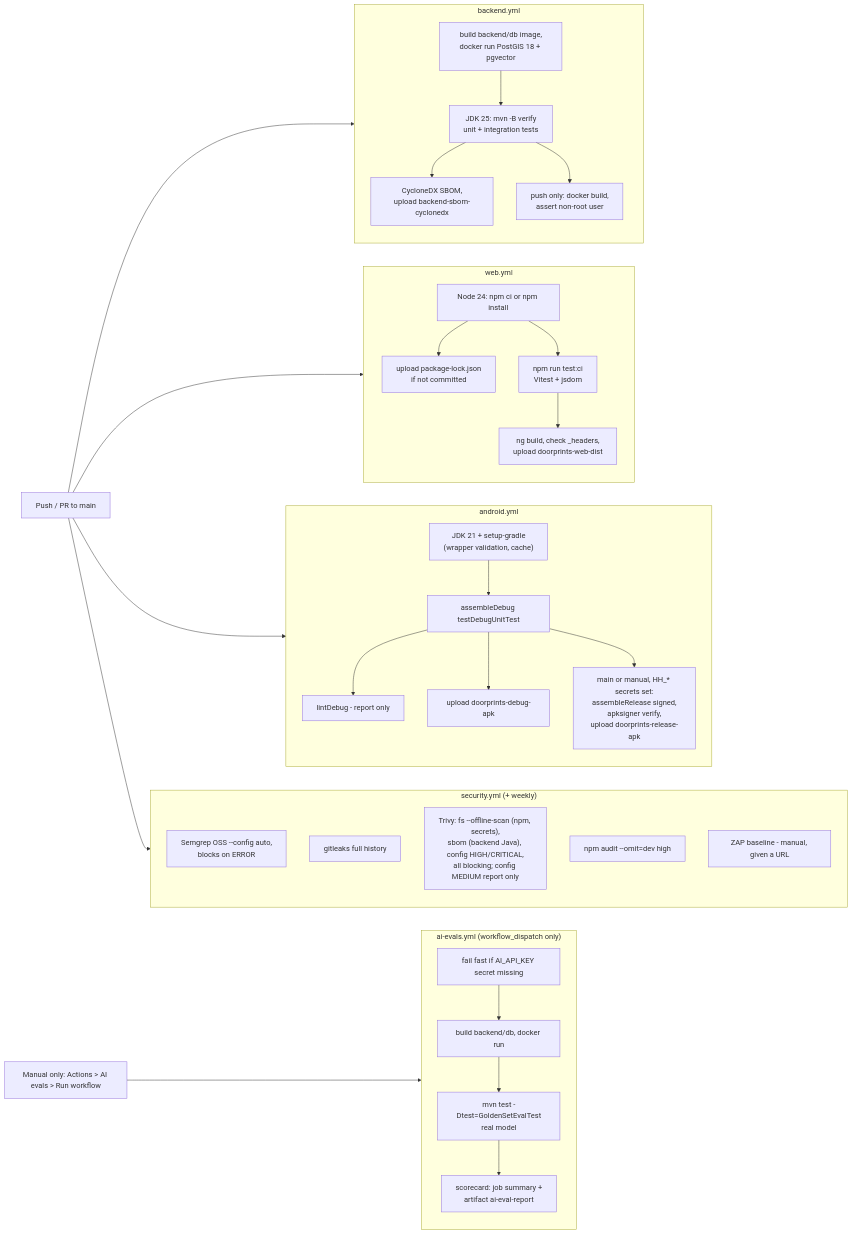
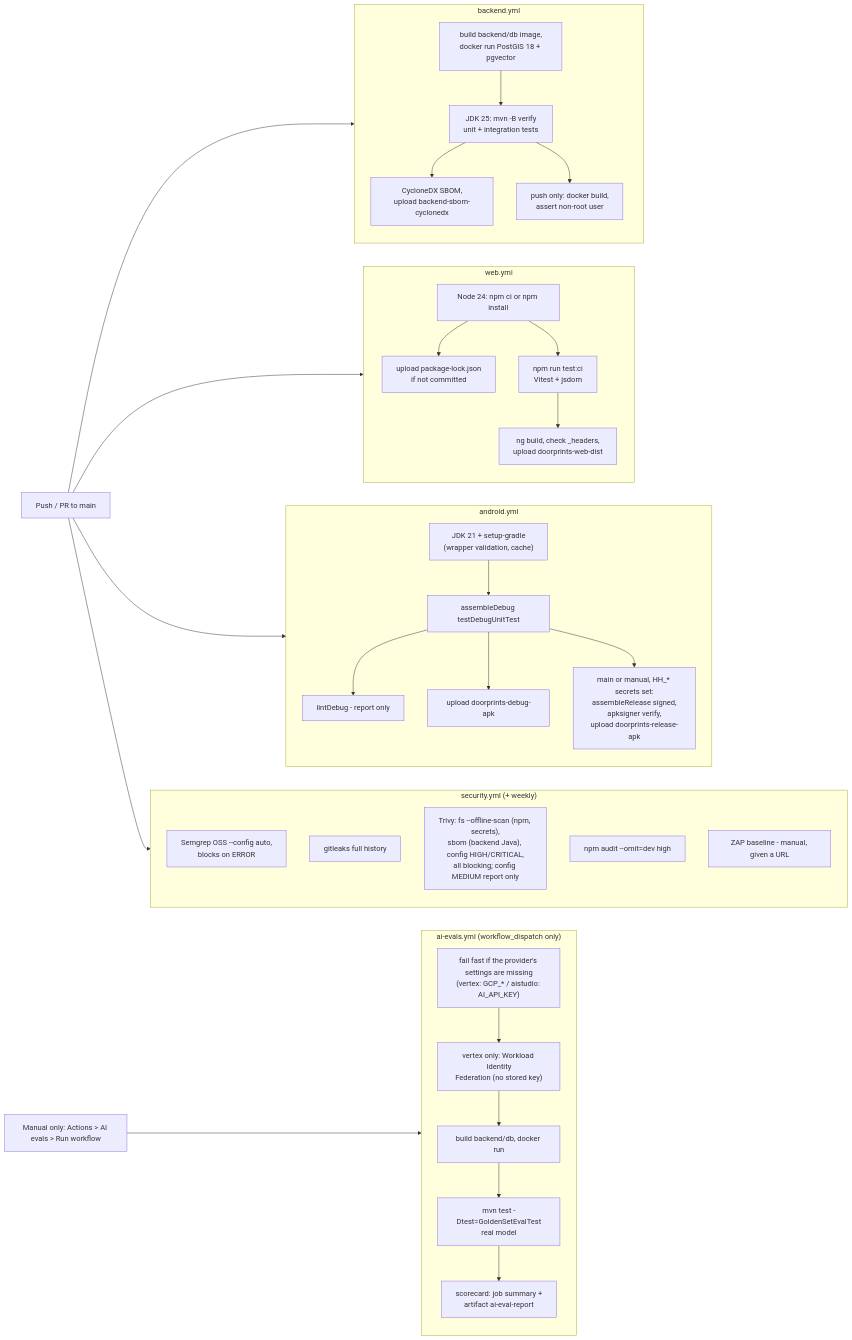
One commit to Sriram-Codes-SW/doorprints changed the diagram in docs/07-secure-build-and-deploy.md. Above: the diagram before and after it, drawn with Mermaid. The commit also changed other lines of this file and 40 other files, not shown here.

First line of the commit message:
feat(ai): add Vertex AI provider behind AI_PROVIDER switch (AI Studio stays default)

````diff
--- a/docs/07-secure-build-and-deploy.md
+++ b/docs/07-secure-build-and-deploy.md
@@ -39,33 +42,34 @@
 ```mermaid
 flowchart LR
     dev["Push / PR to main"] --> be & web & and & sec
     subgraph be["backend.yml"]
         be1["build backend/db image,<br/>docker run PostGIS 18 + pgvector"] --> be2["JDK 25: mvn -B verify<br/>unit + integration tests"]
         be2 --> be4["CycloneDX SBOM,<br/>upload backend-sbom-cyclonedx"]
         be2 --> be3["push only: docker build,<br/>assert non-root user"]
     end
     subgraph web["web.yml"]
         w1["Node 24: npm ci or npm install"] --> w2["upload package-lock.json<br/>if not committed"]
         w1 --> w4["npm run test:ci<br/>Vitest + jsdom"]
         w4 --> w3["ng build, check _headers,<br/>upload doorprints-web-dist"]
     end
     subgraph and["android.yml"]
         a1["JDK 21 + setup-gradle<br/>(wrapper validation, cache)"] --> a2["assembleDebug testDebugUnitTest"]
         a2 --> a3["lintDebug - report only"]
         a2 --> a4["upload doorprints-debug-apk"]
         a2 --> a5["main or manual, HH_* secrets set:<br/>assembleRelease signed,<br/>apksigner verify,<br/>upload doorprints-release-apk"]
     end
     subgraph sec["security.yml (+ weekly)"]
         s1["Semgrep OSS --config auto,<br/>blocks on ERROR"]
         s2["gitleaks full history"]
         s3["Trivy: fs --offline-scan (npm, secrets),<br/>sbom (backend Java), config HIGH/CRITICAL,<br/>all blocking; config MEDIUM report only"]
         s4["npm audit --omit=dev high"]
         s5["ZAP baseline - manual, given a URL"]
     end
     manual["Manual only: Actions > AI evals > Run workflow"] --> ai
     subgraph ai["ai-evals.yml (workflow_dispatch only)"]
-        ai1["fail fast if AI_API_KEY secret missing"] --> ai2["build backend/db, docker run"]
+        ai1["fail fast if the provider's settings are missing<br/>(vertex: GCP_* / aistudio: AI_API_KEY)"] --> aiw["vertex only: Workload Identity<br/>Federation (no stored key)"]
+        aiw --> ai2["build backend/db, docker run"]
         ai2 --> ai3["mvn test -Dtest=GoldenSetEvalTest<br/>real model"]
         ai3 --> ai4["scorecard: job summary +<br/>artifact ai-eval-report"]
     end
 ```
````
